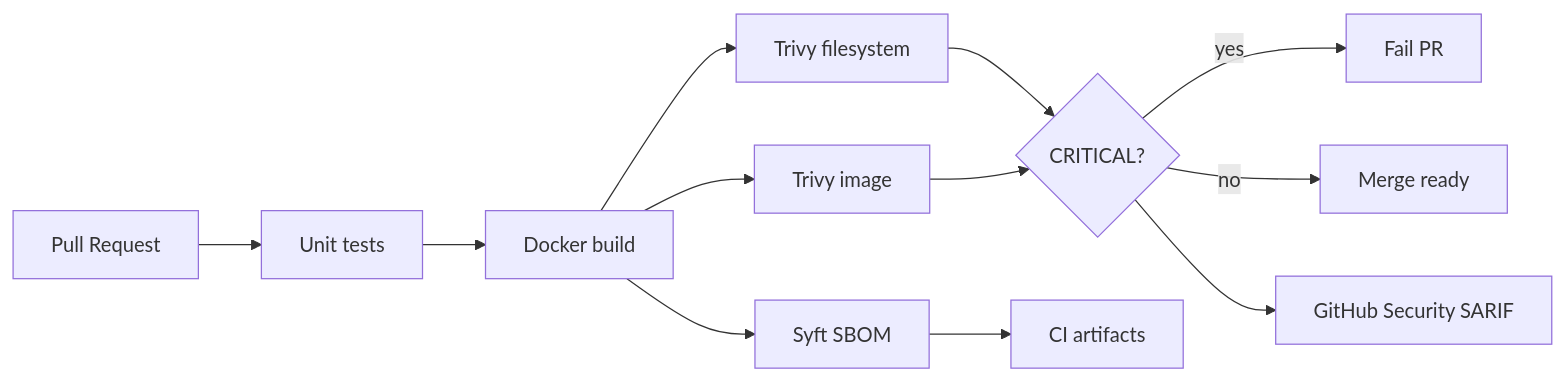
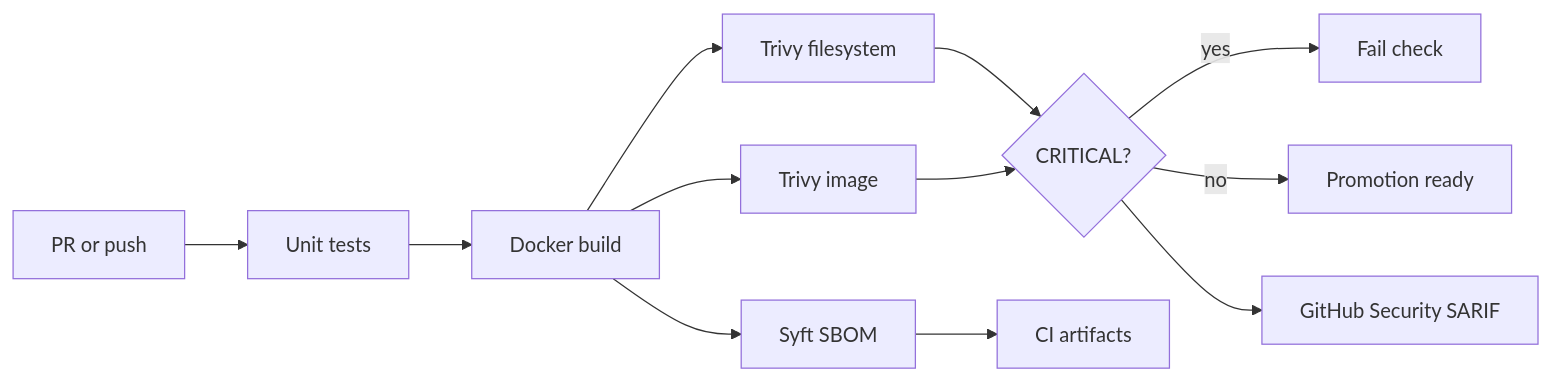
One commit to sauravrana646/portfolio-secure-cicd changed the second of 2 diagrams in README.md. Above: the diagram before and after it, drawn with Mermaid. The commit also changed other lines of this file and 8 other files, not shown here.

````diff
--- a/README.md
+++ b/README.md
@@ -25,14 +42,14 @@
 ```mermaid
 flowchart LR
-  PR[Pull Request] --> Test[Unit tests]
+  PR[PR or push] --> Test[Unit tests]
   Test --> Build[Docker build]
   Build --> TrivyFS[Trivy filesystem]
   Build --> TrivyImg[Trivy image]
   Build --> SBOM[Syft SBOM]
   TrivyFS --> Gate{CRITICAL?}
   TrivyImg --> Gate
-  Gate -->|yes| Fail[Fail PR]
-  Gate -->|no| Pass[Merge ready]
+  Gate -->|yes| Fail[Fail check]
+  Gate -->|no| Pass[Promotion ready]
   SBOM --> Artifacts[CI artifacts]
   Gate --> SARIF[GitHub Security SARIF]
 ```
````
